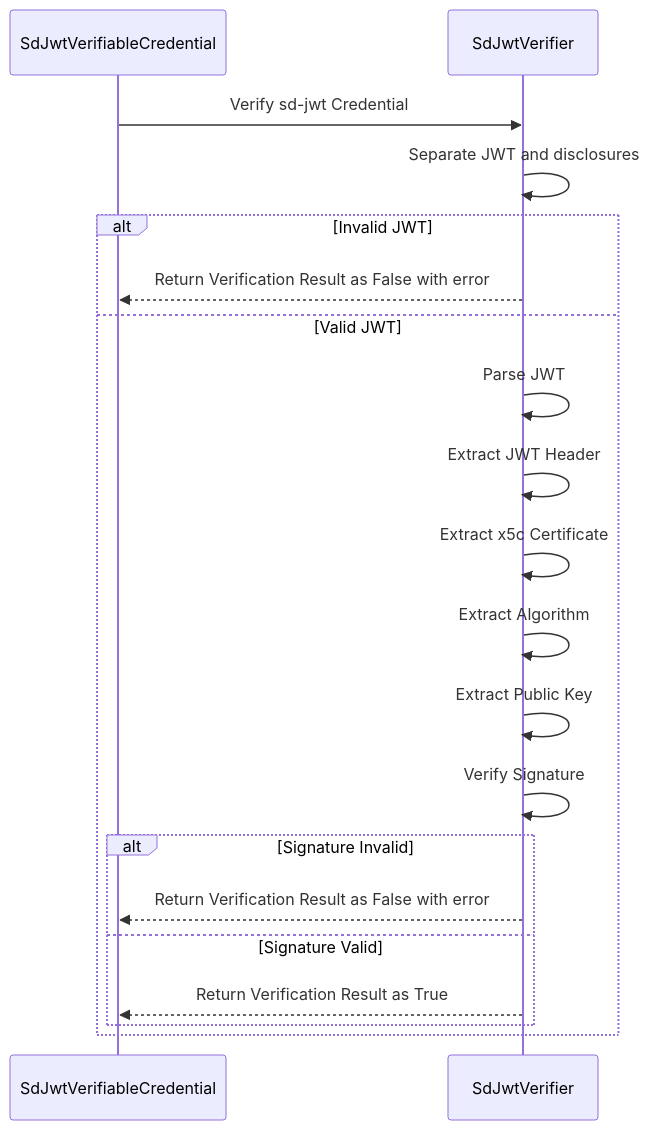
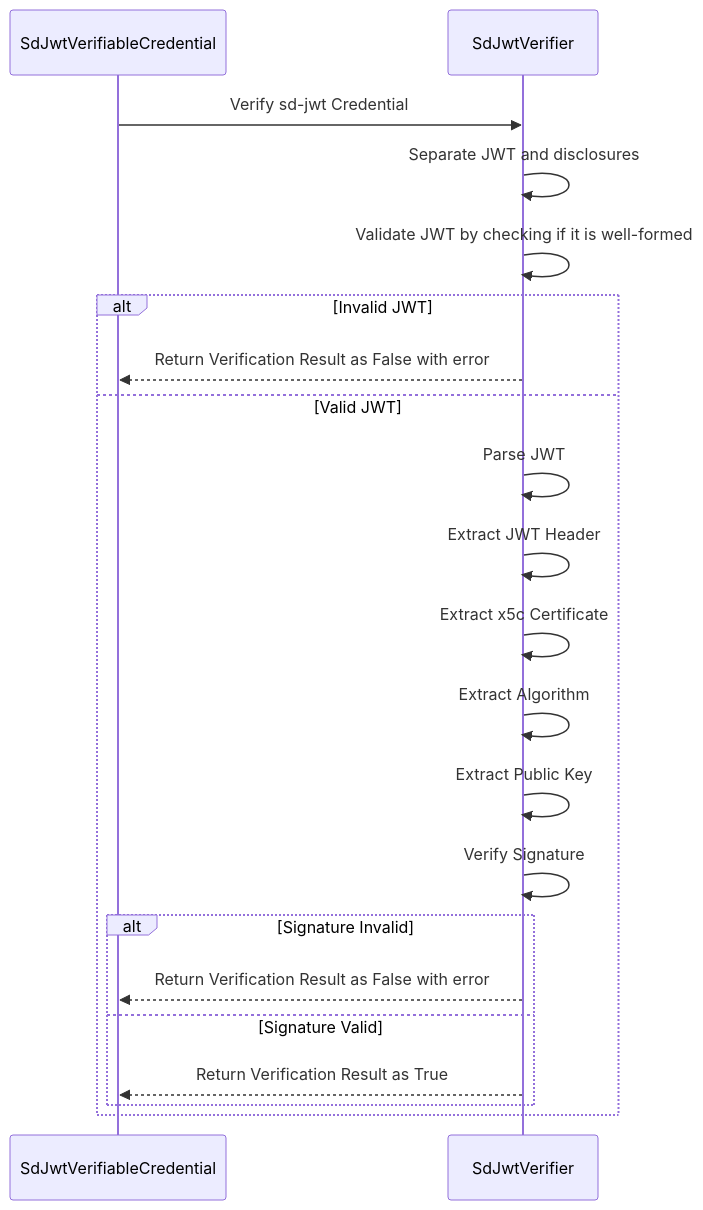
Before and after one commit to mosip/vc-verifier: the third of 3 diagrams in doc/sdjwt-vc-verification-support.md, drawn with Mermaid. The commit also changed other lines of this file, not shown here.

````diff
--- a/doc/sdjwt-vc-verification-support.md
+++ b/doc/sdjwt-vc-verification-support.md
@@ -111,21 +112,22 @@
 ```mermaid
 sequenceDiagram
    
     SdJwtVerifiableCredential->>SdJwtVerifier: Verify sd-jwt Credential
     SdJwtVerifier->>SdJwtVerifier: Separate JWT and disclosures
+    SdJwtVerifier->>SdJwtVerifier: Validate JWT by checking if it is well-formed
     alt Invalid JWT
        SdJwtVerifier-->>SdJwtVerifiableCredential: Return Verification Result as False with error
     else Valid JWT
        SdJwtVerifier->>SdJwtVerifier: Parse JWT
        SdJwtVerifier->>SdJwtVerifier: Extract JWT Header
        SdJwtVerifier->>SdJwtVerifier: Extract x5c Certificate
        SdJwtVerifier->>SdJwtVerifier: Extract Algorithm
        SdJwtVerifier->>SdJwtVerifier: Extract Public Key
        SdJwtVerifier->>SdJwtVerifier: Verify Signature
        alt Signature Invalid
           SdJwtVerifier-->>SdJwtVerifiableCredential: Return Verification Result as False with error
        else Signature Valid
           SdJwtVerifier-->>SdJwtVerifiableCredential: Return Verification Result as True
        end
     end
 ```
````
